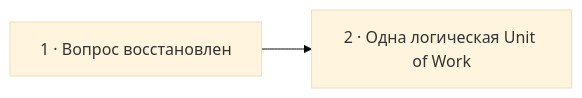
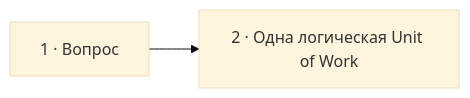
Before and after one commit to savinmikhail/php-backend-interview-video: the diagram in episodes/841862-1payment/visual-plans/14-doctrine-flush-boundary.md, drawn with Mermaid (base theme). The commit also changed other lines of this file and 7 other files, not shown here.

````diff
--- a/episodes/841862-1payment/visual-plans/14-doctrine-flush-boundary.md
+++ b/episodes/841862-1payment/visual-plans/14-doctrine-flush-boundary.md
@@ -43,4 +43,4 @@
 ```mermaid
 flowchart LR
-  Q["1 · Вопрос восстановлен"] --> U["2 · Одна логическая Unit of Work"]
+  Q["1 · Вопрос"] --> U["2 · Одна логическая Unit of Work"]
 ```
````
